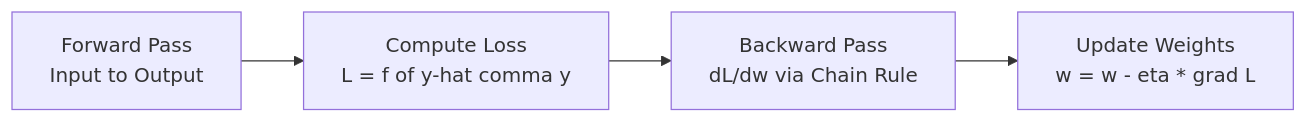
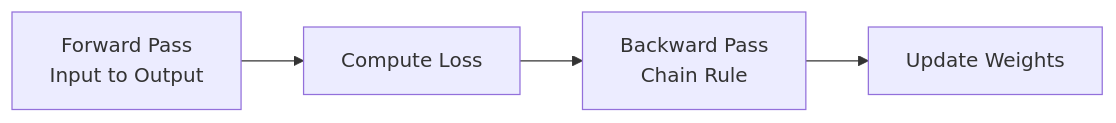
Before and after one commit to chinnaip/DeeplearingClassNotes: the third of 3 diagrams in answers.md, drawn with Mermaid. The commit also changed other lines of this file, not shown here.

Commit message:
Update diagrams and formatting in answers.md

````diff
--- a/answers.md
+++ b/answers.md
@@ -60,6 +60,6 @@
 ```mermaid
 graph LR
-    A[Forward Pass<br/>Input to Output] --> B[Compute Loss<br/>L = f of y-hat comma y]
-    B --> C[Backward Pass<br/>dL/dw via Chain Rule]
-    C --> D[Update Weights<br/>w = w - eta * grad L]
+    A[Forward Pass<br/>Input to Output] --> B[Compute Loss]
+    B --> C[Backward Pass<br/>Chain Rule]
+    C --> D[Update Weights]
 ```
````
